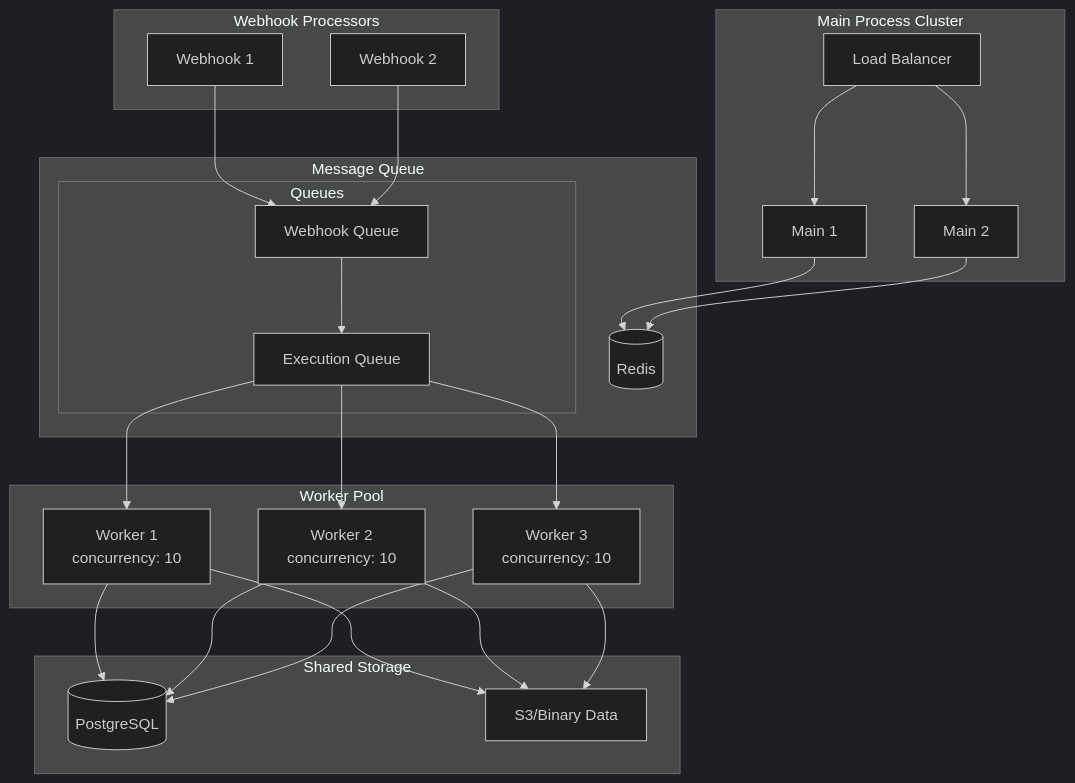
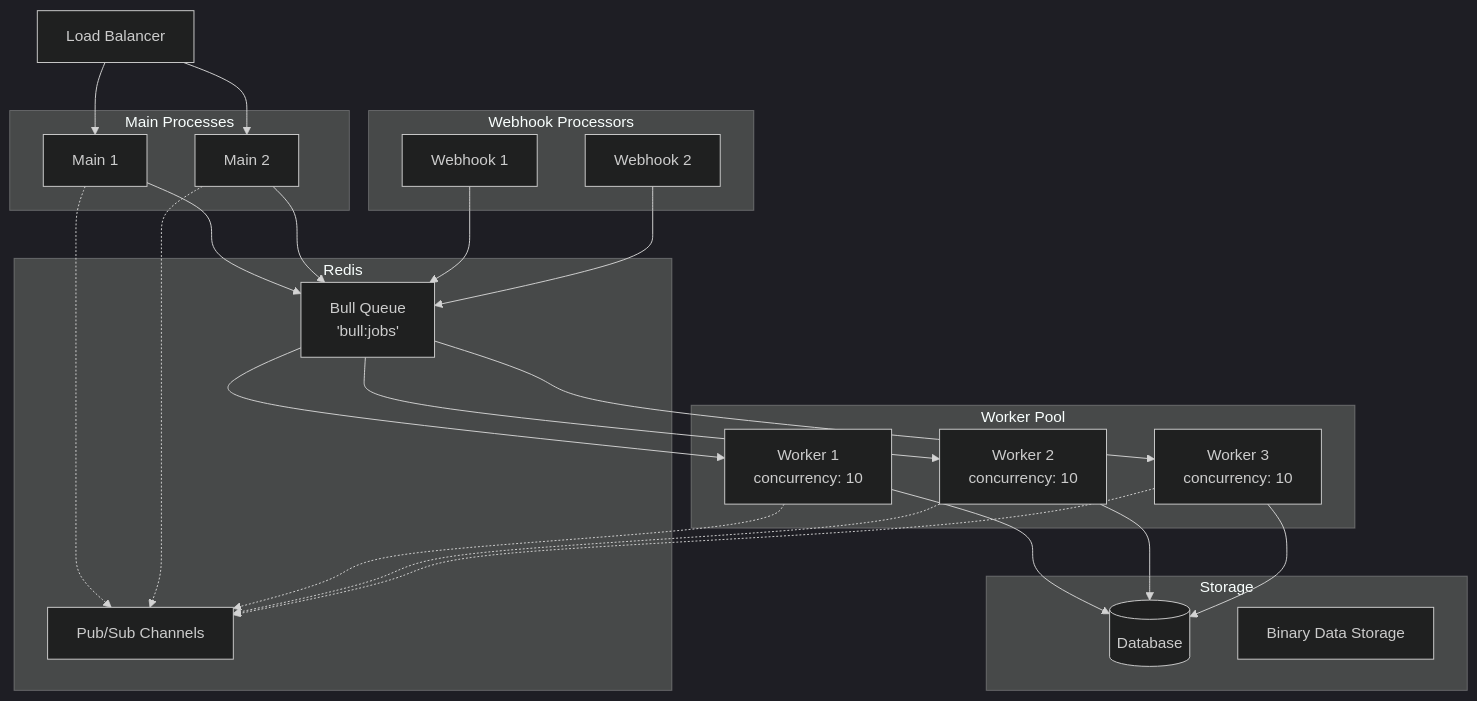
Before and after one commit to haroldlucero/n8n: the second of 4 diagrams in docs/architecture/execution-modes.md, drawn with Mermaid (dark theme). The commit also changed other lines of this file, not shown here.

Commit message:
docs: iterate on execution modes doc

````diff
--- a/docs/architecture/execution-modes.md
+++ b/docs/architecture/execution-modes.md
@@ -180,53 +205,53 @@
 ```mermaid
 graph TB
-    subgraph "Main Process Cluster"
+    LB[Load Balancer]
+    
+    subgraph "Main Processes"
         M1[Main 1]
         M2[Main 2]
-        LB[Load Balancer]
-        LB --> M1
-        LB --> M2
     end
     
     subgraph "Worker Pool"
         W1[Worker 1<br/>concurrency: 10]
         W2[Worker 2<br/>concurrency: 10]
         W3[Worker 3<br/>concurrency: 10]
     end
     
     subgraph "Webhook Processors"
         WH1[Webhook 1]
         WH2[Webhook 2]
     end
     
-    subgraph "Message Queue"
-        REDIS[(Redis)]
-        subgraph "Queues"
-            EQ[Execution Queue]
-            WQ[Webhook Queue]
-        end
+    subgraph "Redis"
+        QUEUE[Bull Queue<br/>'bull:jobs']
+        PUBSUB[Pub/Sub Channels]
     end
     
-    subgraph "Shared Storage"
-        DB[(PostgreSQL)]
-        S3[S3/Binary Data]
+    subgraph "Storage"
+        DB[(Database)]
+        S3[Binary Data Storage]
     end
     
-    M1 --> REDIS
-    M2 --> REDIS
+    LB --> M1
+    LB --> M2
     
-    WH1 --> WQ
-    WH2 --> WQ
-    WQ --> EQ
+    M1 --> QUEUE
+    M2 --> QUEUE
     
-    EQ --> W1
-    EQ --> W2
-    EQ --> W3
+    WH1 --> QUEUE
+    WH2 --> QUEUE
+    
+    QUEUE --> W1
+    QUEUE --> W2
+    QUEUE --> W3
     
     W1 --> DB
     W2 --> DB
     W3 --> DB
     
-    W1 --> S3
-    W2 --> S3
-    W3 --> S3
+    M1 -.-> PUBSUB
+    M2 -.-> PUBSUB
+    W1 -.-> PUBSUB
+    W2 -.-> PUBSUB
+    W3 -.-> PUBSUB
 ```
````
